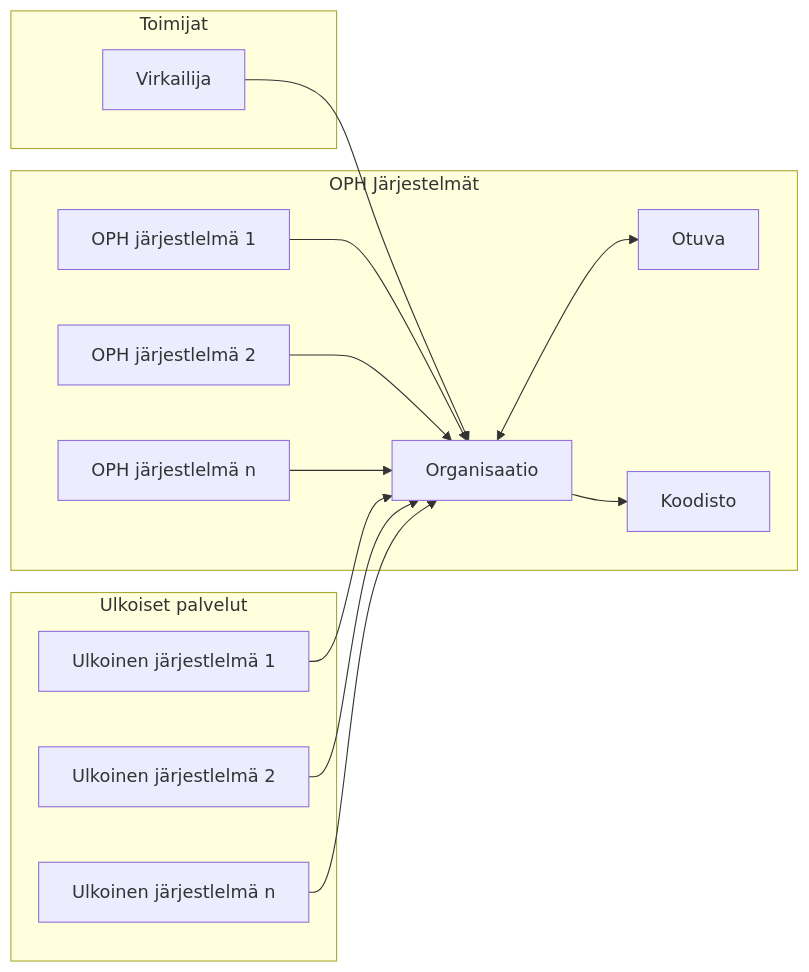
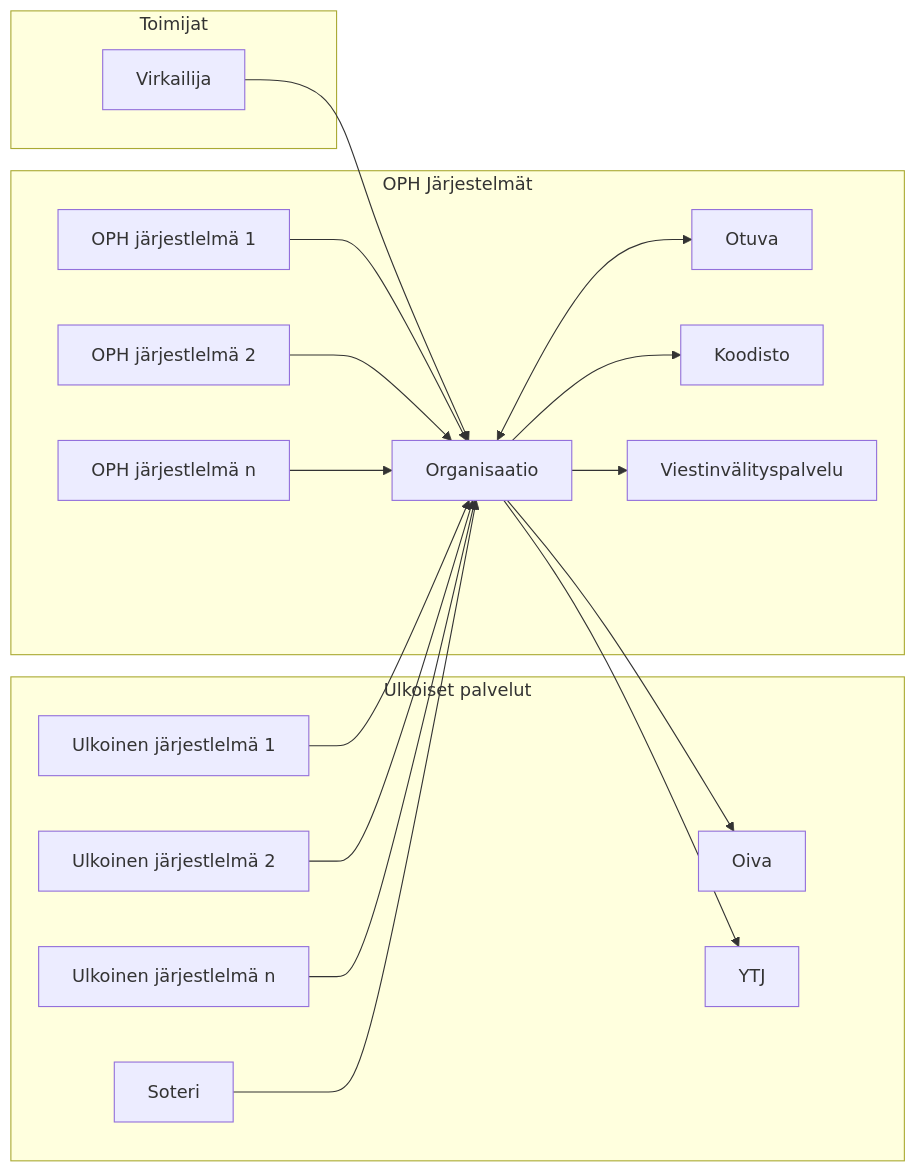
The diagram in doc/arkkitehtuuri.md (Opetushallitus/organisaatio), drawn with Mermaid before and after one commit.

Commit message:
OPHYK-312 Add missing services to integration graph

````diff
--- a/doc/arkkitehtuuri.md
+++ b/doc/arkkitehtuuri.md
@@ -3,30 +3,38 @@
 ```mermaid
 
 
 flowchart LR
+    subgraph Ulkoiset palvelut
+        ulkoiset_jarjestelmat_1[Ulkoinen järjestlelmä 1]
+        ulkoiset_jarjestelmat_2[Ulkoinen järjestlelmä 2]
+        ulkoiset_jarjestelmat_n[Ulkoinen järjestlelmä n]
+        Oiva
+        YTJ
+        Soteri
+    end
     subgraph Toimijat
         Virkailija
     end
     subgraph OPH Järjestelmät
         Organisaatio
         Otuva
         Koodisto
+        Viestinvälityspalvelu
         muut_jarjestelmat_1[OPH järjestlelmä 1]
         muut_jarjestelmat_2[OPH järjestlelmä 2]
         muut_jarjestelmat_n[OPH järjestlelmä n]
     end
-    subgraph Ulkoiset palvelut
-        ulkoiset_jarjestelmat_1[Ulkoinen järjestlelmä 1]
-        ulkoiset_jarjestelmat_2[Ulkoinen järjestlelmä 2]
-        ulkoiset_jarjestelmat_n[Ulkoinen järjestlelmä n]
-    end
     Virkailija --> Organisaatio 
     Organisaatio <--> Otuva
     Organisaatio --> Koodisto 
+    Organisaatio --> Viestinvälityspalvelu
     muut_jarjestelmat_1 --> Organisaatio
     muut_jarjestelmat_2 --> Organisaatio
     muut_jarjestelmat_n --> Organisaatio
     ulkoiset_jarjestelmat_1 --> Organisaatio
     ulkoiset_jarjestelmat_2 --> Organisaatio
     ulkoiset_jarjestelmat_n --> Organisaatio
+    Organisaatio --> Oiva
+    Organisaatio --> YTJ
+    Soteri --> Organisaatio
 ```
````
